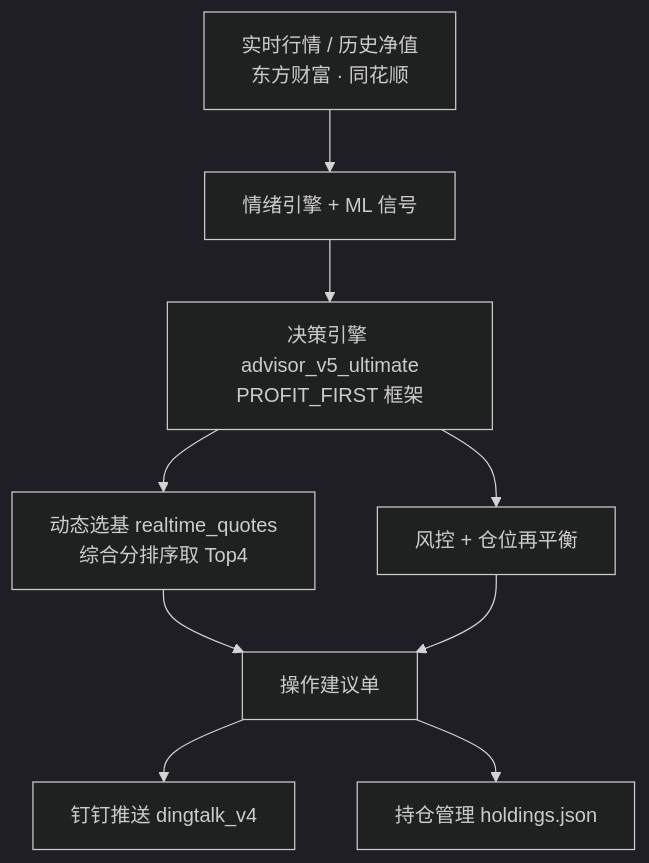
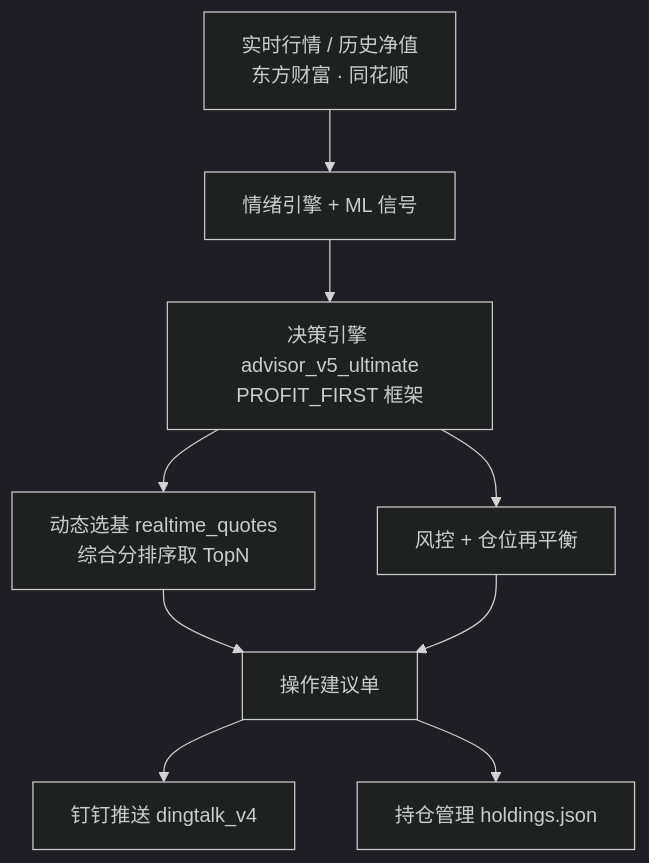
One commit to 1dpy/fund-advisor changed the first of 2 diagrams in README.md. Above: the diagram before and after it, drawn with Mermaid (dark theme). The commit also changed other lines of this file and 13 other files, not shown here.

````diff
--- a/README.md
+++ b/README.md
@@ -166,11 +187,11 @@
 ```mermaid
 graph TD
     A[实时行情 / 历史净值<br/>东方财富 · 同花顺] --> B[情绪引擎 + ML 信号]
     B --> C[决策引擎 advisor_v5_ultimate<br/>PROFIT_FIRST 框架]
-    C --> D[动态选基 realtime_quotes<br/>综合分排序取 Top4]
+    C --> D[动态选基 realtime_quotes<br/>综合分排序取 TopN]
     C --> E[风控 + 仓位再平衡]
     D --> F[操作建议单]
     E --> F
     F --> G[钉钉推送 dingtalk_v4]
     F --> H[持仓管理 holdings.json]
 ```
````
